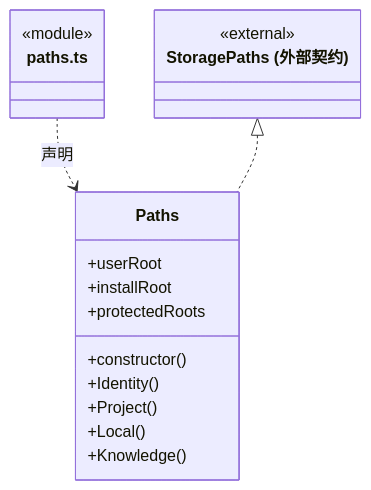
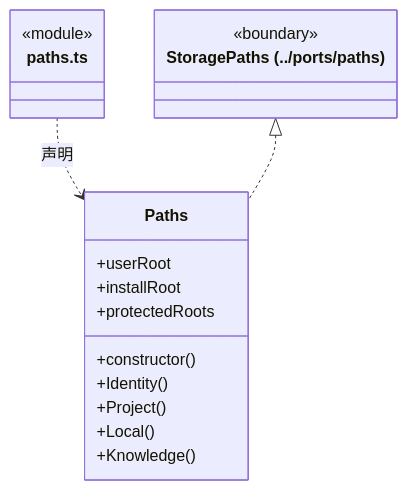
One commit to nan023062/cbim changed the seventh of 12 diagrams in src/logic/workspace/service/ARCHITECTURE.md. Above: the diagram before and after it, drawn with Mermaid. The commit also changed other lines of this file and 112 other files, not shown here.

Commit message:
docs: align source architecture with current declarations and contracts

````diff
--- a/src/logic/workspace/service/ARCHITECTURE.md
+++ b/src/logic/workspace/service/ARCHITECTURE.md
@@ -339,21 +339,21 @@
 ```mermaid
 classDiagram
 class N_src_logic_workspace_service_paths_ts["paths.ts"] {
   <<module>>
 }
 class N_src_logic_workspace_service_paths_ts_Paths["Paths"] {
   +userRoot
   +installRoot
   +protectedRoots
   +constructor()
   +Identity()
   +Project()
   +Local()
   +Knowledge()
 }
 N_src_logic_workspace_service_paths_ts ..> N_src_logic_workspace_service_paths_ts_Paths : 声明
-class N_src_logic_workspace_service_paths_ts_external_StoragePaths["StoragePaths (外部契约)"] {
-  <<external>>
+class N_src_logic_workspace_service_paths_ts_external_StoragePaths["StoragePaths (../ports/paths)"] {
+  <<boundary>>
 }
 N_src_logic_workspace_service_paths_ts_external_StoragePaths <|.. N_src_logic_workspace_service_paths_ts_Paths
 ```
````
